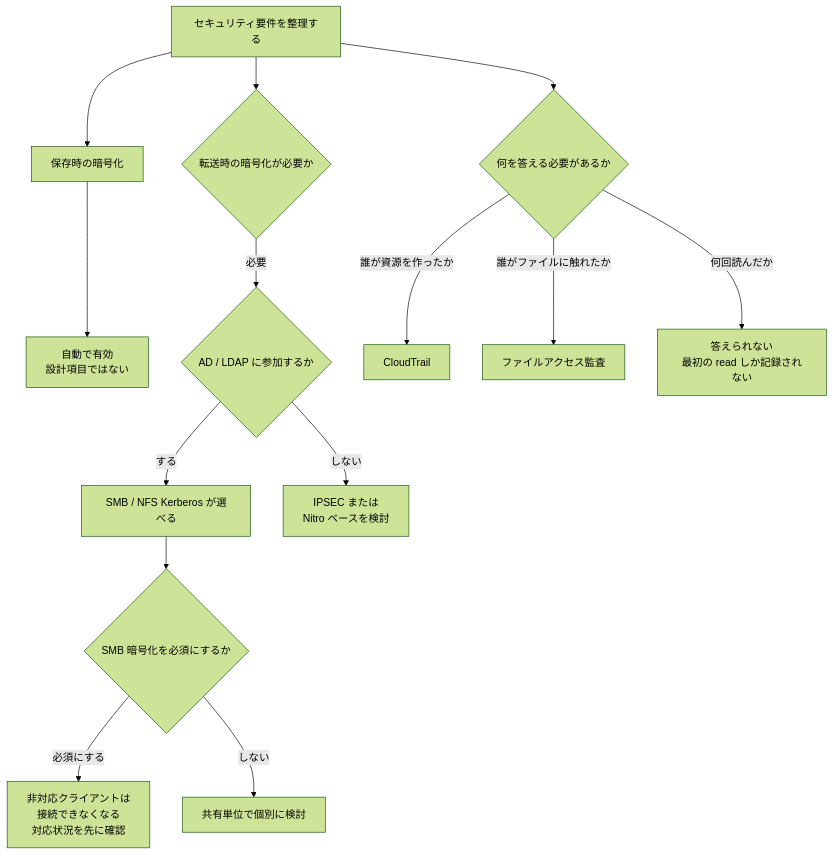
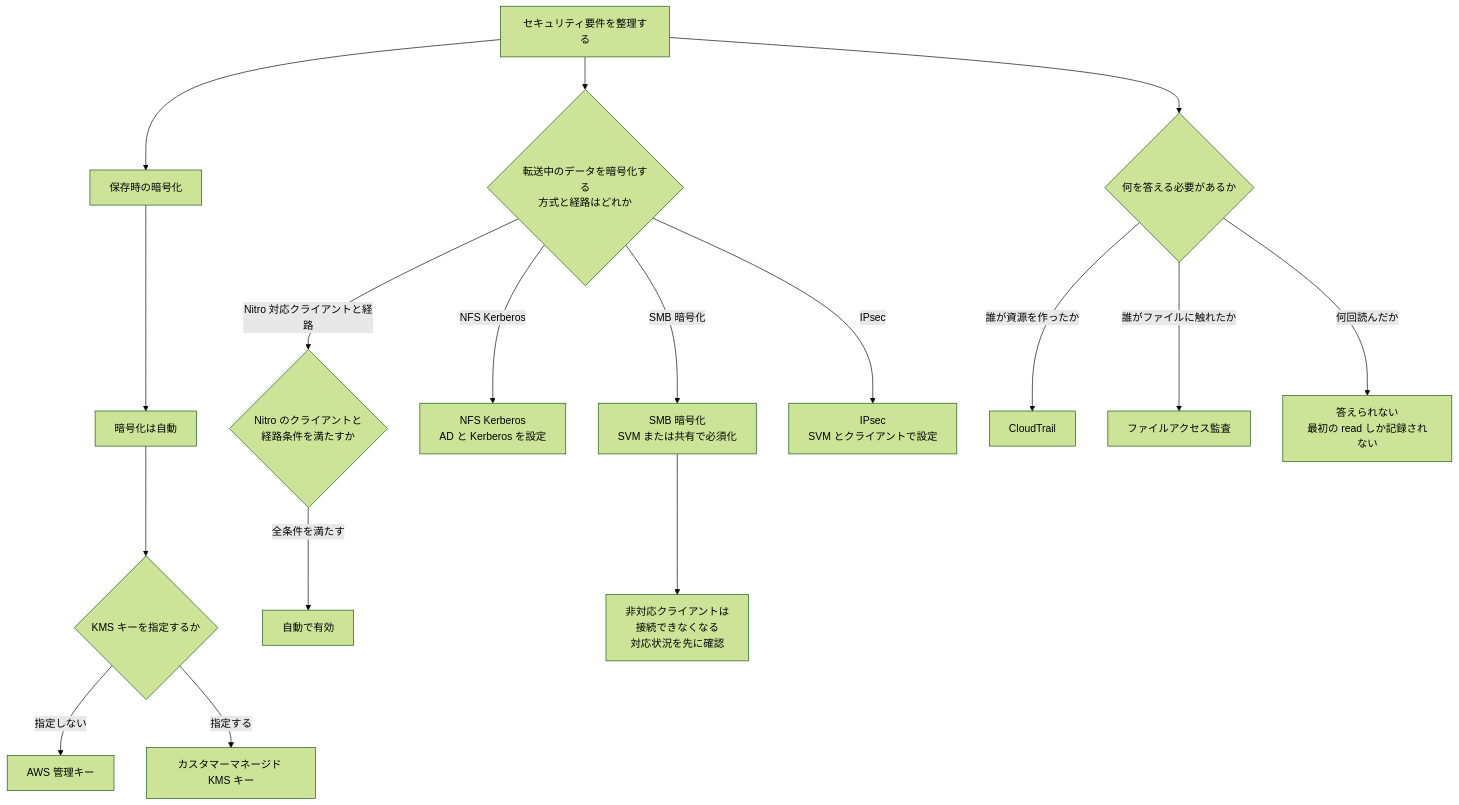
One commit to Yoshiki0705/FSx-for-ONTAP-Adoption-Playbook changed the diagram in docs/ja/domains/security-governance/notes/what-the-platform-gives-and-what-stays-yours.md. Above: the diagram before and after it, drawn with Mermaid (forest theme). The commit also changed other lines of this file and 257 other files, not shown here.

````diff
--- a/docs/ja/domains/security-governance/notes/what-the-platform-gives-and-what-stays-yours.md
+++ b/docs/ja/domains/security-governance/notes/what-the-platform-gives-and-what-stays-yours.md
@@ -160,19 +186,22 @@
 ```mermaid
 graph TD
     A[セキュリティ要件を整理する] --> R[保存時の暗号化]
-    R --> R1[自動で有効<br/>設計項目ではない]
+    R --> R1[暗号化は自動]
+    R1 --> KMS{KMS キーを指定するか}
+    KMS -->|指定しない| AK[AWS 管理キー]
+    KMS -->|指定する| CK[カスタマーマネージド KMS キー]
 
-    A --> T{転送時の暗号化が必要か}
-    T -->|必要| T1{AD / LDAP に参加するか}
-    T1 -->|する| KRB[SMB / NFS Kerberos が選べる]
-    T1 -->|しない| ALT[IPSEC または<br/>Nitro ベースを検討]
+    A --> T{転送中のデータを暗号化する<br/>方式と経路はどれか}
+    T -->|Nitro 対応クライアントと経路| NITRO{Nitro のクライアントと<br/>経路条件を満たすか}
+    NITRO -->|全条件を満たす| AUTO[自動で有効]
+    T -->|NFS Kerberos| KRB[NFS Kerberos<br/>AD と Kerberos を設定]
+    T -->|SMB 暗号化| SMBE[SMB 暗号化<br/>SVM または共有で必須化]
+    T -->|IPsec| IPSEC[IPsec<br/>SVM とクライアントで設定]
 
-    KRB --> SMBE{SMB 暗号化を必須にするか}
-    SMBE -->|必須にする| CLIENT[非対応クライアントは<br/>接続できなくなる<br/>対応状況を先に確認]
-    SMBE -->|しない| OPT[共有単位で個別に検討]
+    SMBE --> CLIENT[非対応クライアントは<br/>接続できなくなる<br/>対応状況を先に確認]
 
     A --> AUD{何を答える必要があるか}
     AUD -->|誰が資源を作ったか| CT[CloudTrail]
     AUD -->|誰がファイルに触れたか| FA[ファイルアクセス監査]
     AUD -->|何回読んだか| GAP["答えられない<br/>最初の read しか記録されない"]
 ```
````
